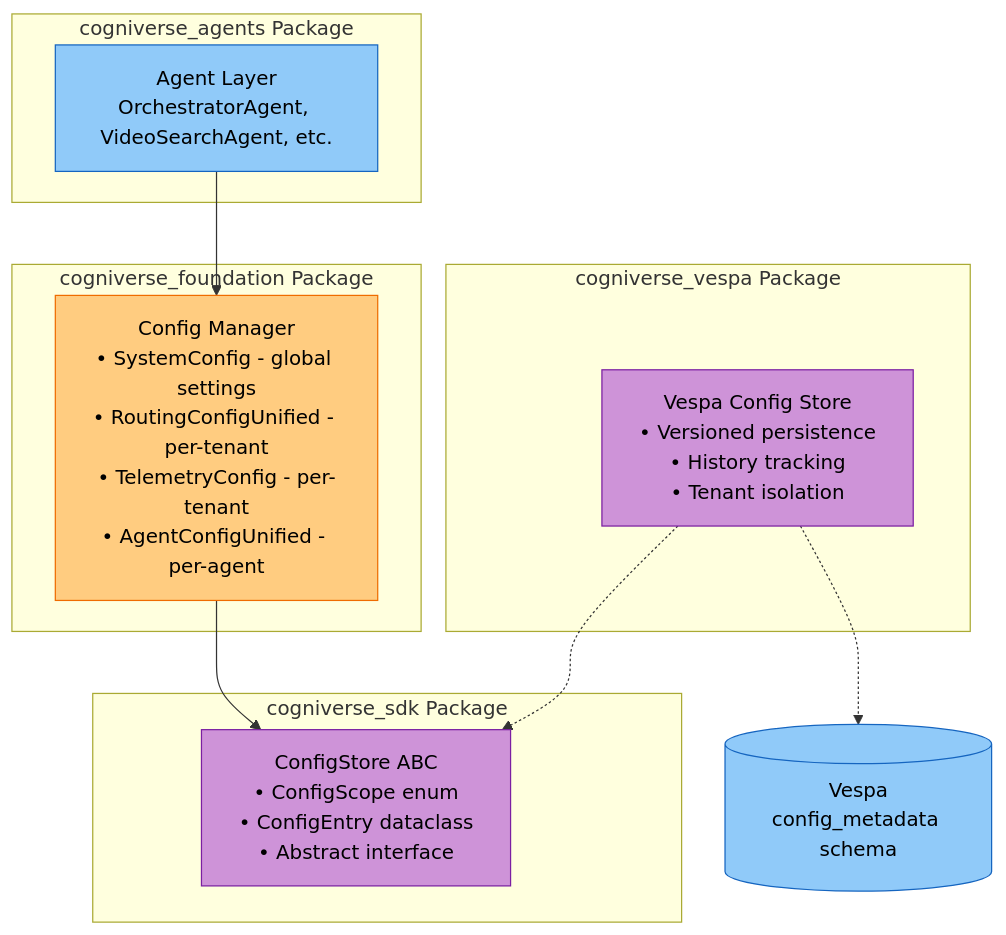
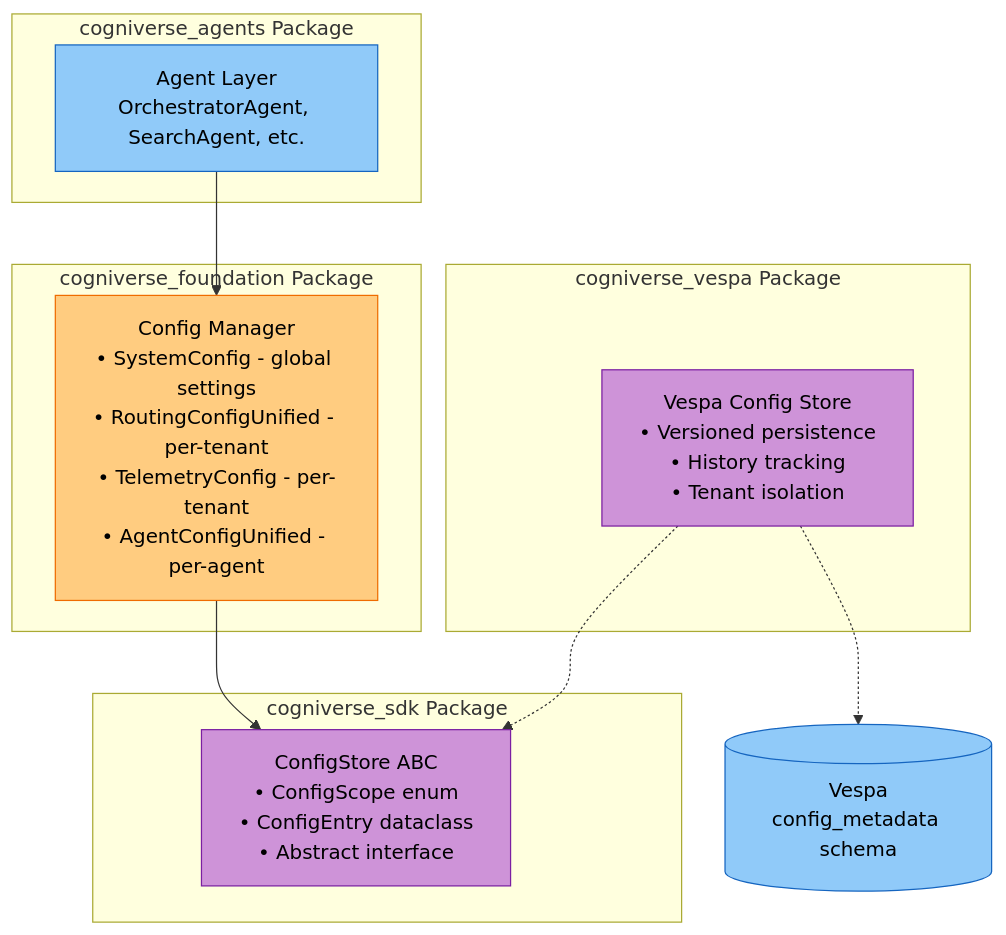
The first of 4 diagrams in docs/modules/common.md (amit-jain/cogniverse), drawn with Mermaid before and after one commit. The commit also changed other lines of this file and 292 other files, not shown here.

````diff
--- a/docs/modules/common.md
+++ b/docs/modules/common.md
@@ -89,29 +138,29 @@
 ```mermaid
 flowchart TB
     subgraph "cogniverse_agents Package"
-        AgentLayer["<span style='color:#000'>Agent Layer<br/>OrchestratorAgent, VideoSearchAgent, etc.</span>"]
+        AgentLayer["<span style='color:#000'>Agent Layer<br/>OrchestratorAgent, SearchAgent, etc.</span>"]
     end
 
     subgraph "cogniverse_foundation Package"
         ConfigManager["<span style='color:#000'>Config Manager<br/>• SystemConfig - global settings<br/>• RoutingConfigUnified - per-tenant<br/>• TelemetryConfig - per-tenant<br/>• AgentConfigUnified - per-agent</span>"]
     end
 
     subgraph "cogniverse_sdk Package"
         ConfigStoreABC["<span style='color:#000'>ConfigStore ABC<br/>• ConfigScope enum<br/>• ConfigEntry dataclass<br/>• Abstract interface</span>"]
     end
 
     subgraph "cogniverse_vespa Package"
         VespaConfigStore["<span style='color:#000'>Vespa Config Store<br/>• Versioned persistence<br/>• History tracking<br/>• Tenant isolation</span>"]
     end
 
     AgentLayer --> ConfigManager
     ConfigManager --> ConfigStoreABC
     VespaConfigStore -.-> ConfigStoreABC
     VespaConfigStore -.-> Vespa[("<span style='color:#000'>Vespa<br/>config_metadata schema</span>")]
 
     style AgentLayer fill:#90caf9,stroke:#1565c0,color:#000
     style ConfigManager fill:#ffcc80,stroke:#ef6c00,color:#000
     style ConfigStoreABC fill:#ce93d8,stroke:#7b1fa2,color:#000
     style VespaConfigStore fill:#ce93d8,stroke:#7b1fa2,color:#000
     style Vespa fill:#90caf9,stroke:#1565c0,color:#000
 ```
````
